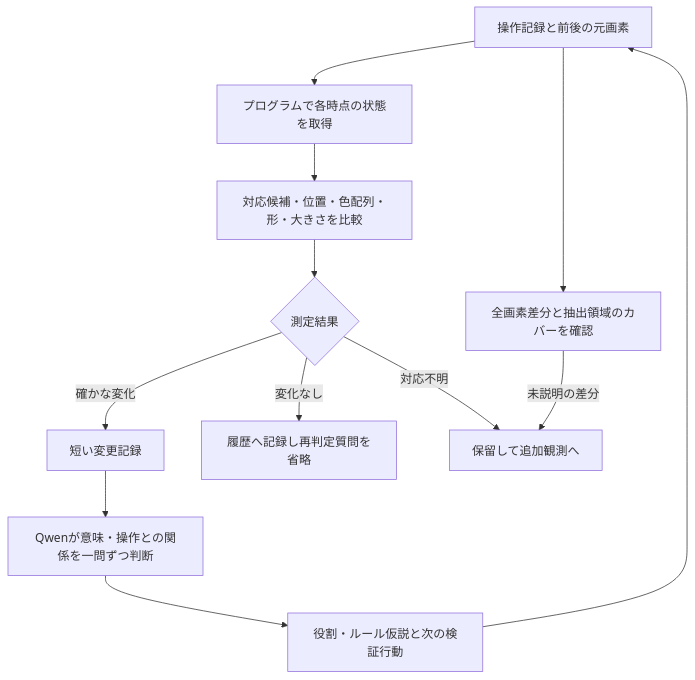
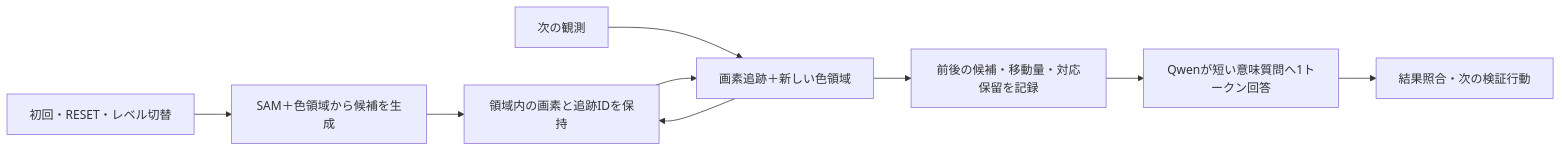
Before and after one commit to magic-sword/acr-agi-3-adk-agent: the diagram in docs/visual-recognition-adopted-ja.md, drawn with Mermaid. The commit also changed other lines of this file and 131 other files, not shown here.

````diff
--- a/docs/visual-recognition-adopted-ja.md
+++ b/docs/visual-recognition-adopted-ja.md
@@ -11,14 +16,11 @@
 ```mermaid
-flowchart TD
-    A[操作記録と前後の元画素] --> B[プログラムで各時点の状態を取得]
-    B --> C[対応候補・位置・色配列・形・大きさを比較]
-    A --> D[全画素差分と抽出領域のカバーを確認]
-    C --> E{測定結果}
-    E -->|確かな変化| F[短い変更記録]
-    E -->|変化なし| G[履歴へ記録し再判定質問を省略]
-    E -->|対応不明| H[保留して追加観測へ]
-    D -->|未説明の差分| H
-    F --> I[Qwenが意味・操作との関係を一問ずつ判断]
-    I --> J[役割・ルール仮説と次の検証行動]
-    J --> A
+flowchart LR
+    A[初回・RESET・レベル切替] --> B[SAM＋色領域から候補を生成]
+    B --> C[領域内の画素と追跡IDを保持]
+    D[次の観測] --> E[画素追跡＋新しい色領域]
+    C --> E
+    E --> F[前後の候補・移動量・対応保留を記録]
+    F --> G[Qwenが短い意味質問へ1トークン回答]
+    G --> H[結果照合・次の検証行動]
+    E --> C
 ```
````
